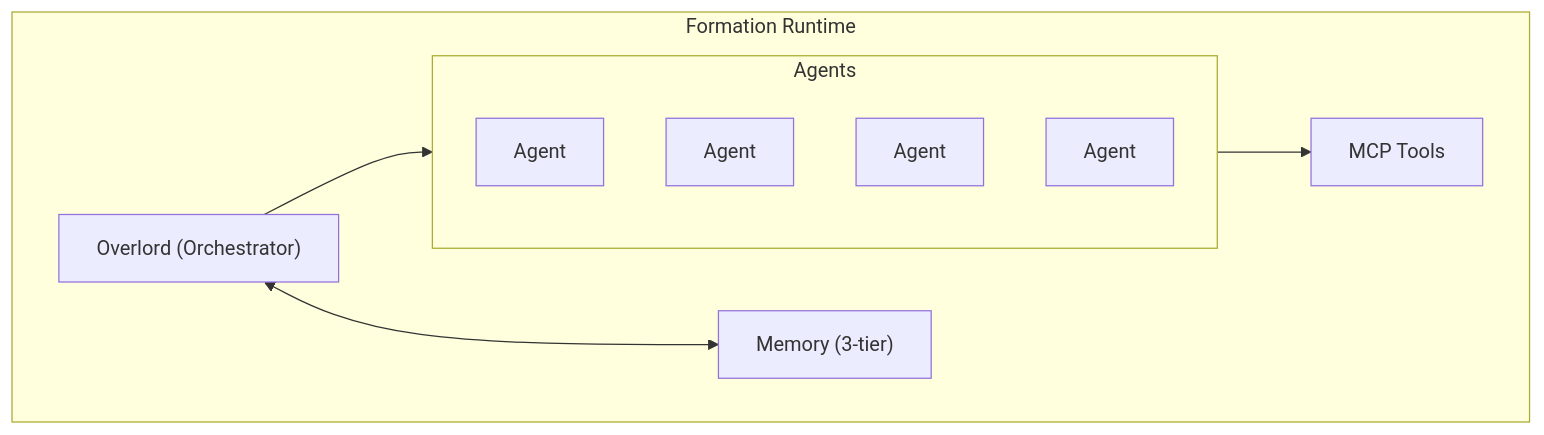
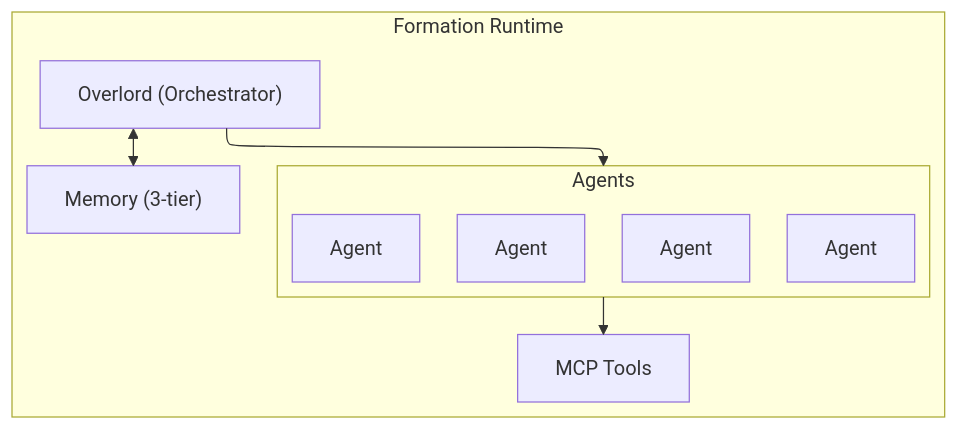
Before and after one commit to muxi-ai/muxi: the third of 3 diagrams in docs/concepts/architecture.md, drawn with Mermaid. The commit also changed other lines of this file, not shown here.

Commit message:
docs: refine section headers for clarity and consistency in architecture documentation

````diff
--- a/docs/concepts/architecture.md
+++ b/docs/concepts/architecture.md
@@ -217,20 +212,26 @@
 ```mermaid
+---
+config:
+  layout: elk
+  elk:
+    nodePlacementStrategy: LINEAR_SEGMENTS
+---
 flowchart TB
     subgraph Formation["Formation Runtime"]
         Overlord["Overlord (Orchestrator)"]
         Memory["Memory (3-tier)"]
 
         subgraph Agents
             A1[Agent]
             A2[Agent]
             A3[Agent]
             A4[Agent]
         end
 
         Tools[MCP Tools]
 
         Overlord <--> Memory
         Overlord --> Agents
         Agents --> Tools
     end
 ```
````
